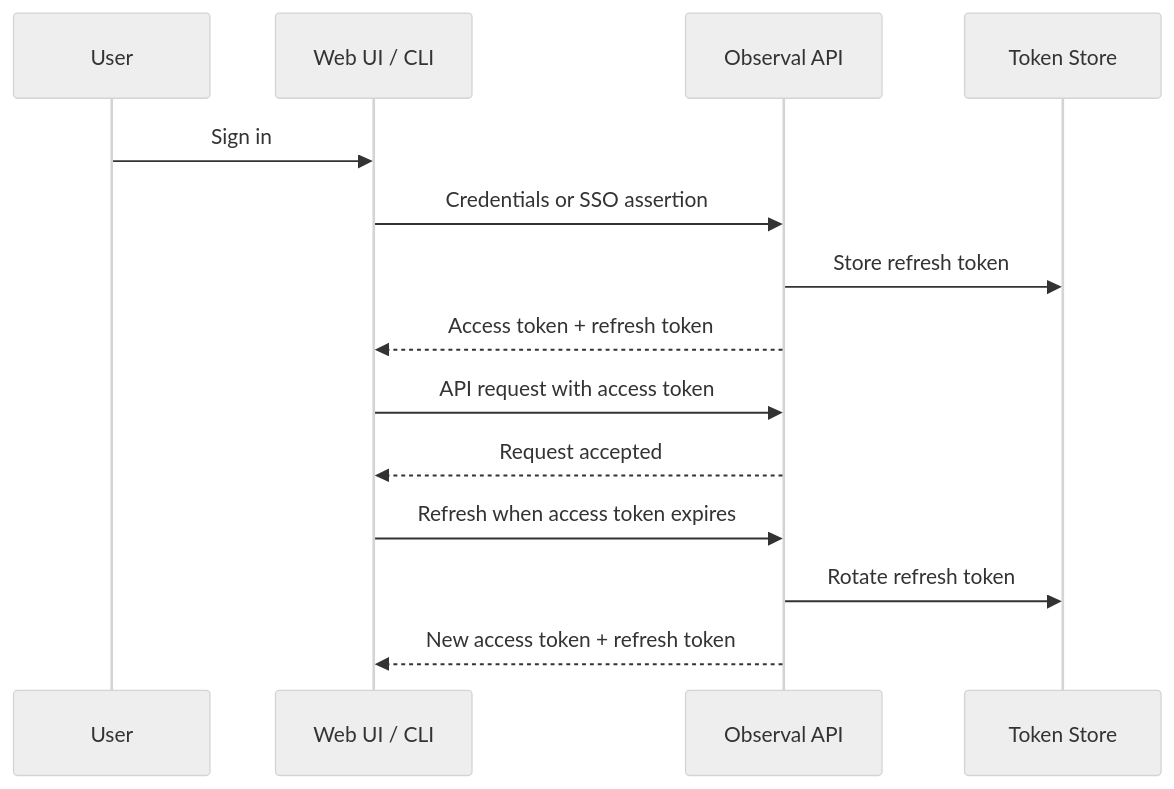
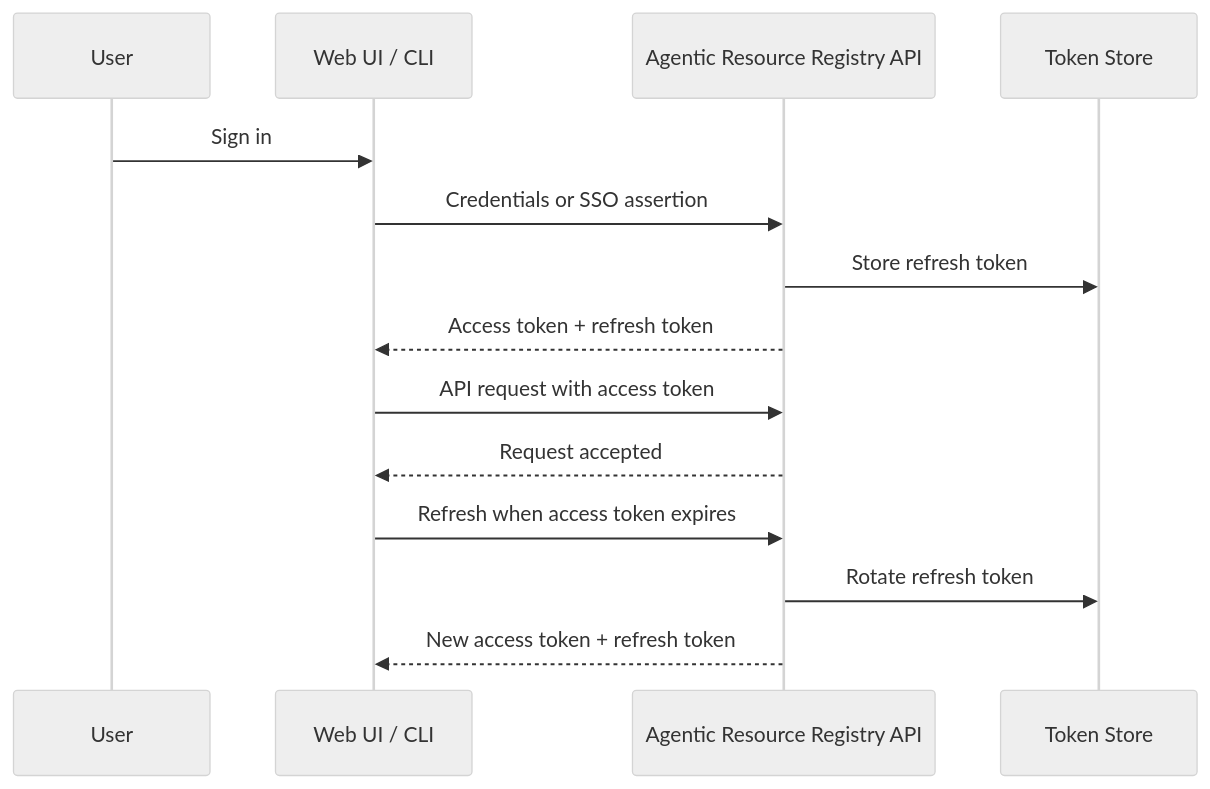
One commit to AgenticResourceRegistry/AgenticResourceRegistry changed the diagram in docs/self-hosting/token-expiry.md. Above: the diagram before and after it, drawn with Mermaid (neutral theme). The commit also changed 111 other files, not shown here.

````diff
--- a/docs/self-hosting/token-expiry.md
+++ b/docs/self-hosting/token-expiry.md
@@ -11,17 +11,17 @@
 ```mermaid
 sequenceDiagram
     participant User
     participant UI as Web UI / CLI
-    participant API as Observal API
+    participant API as Agentic Resource Registry API
     participant DB as Token Store
 
     User->>UI: Sign in
     UI->>API: Credentials or SSO assertion
     API->>DB: Store refresh token
     API-->>UI: Access token + refresh token
     UI->>API: API request with access token
     API-->>UI: Request accepted
     UI->>API: Refresh when access token expires
     API->>DB: Rotate refresh token
     API-->>UI: New access token + refresh token
 ```
````
